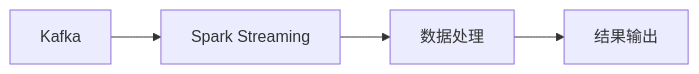
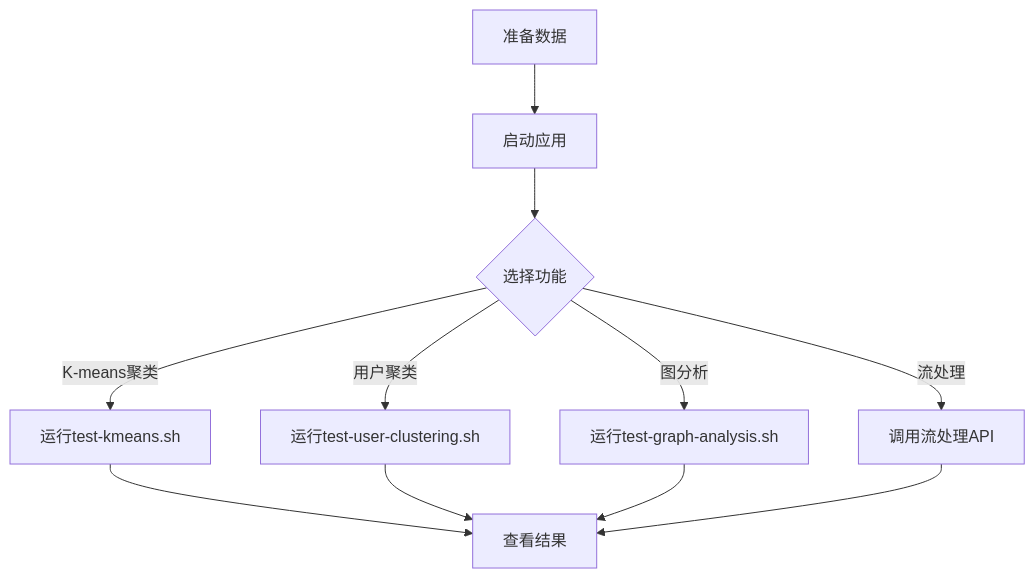
Before and after one commit to HangerLIN/spark-demo: diagram 11 of 11 in README.md, drawn with Mermaid. The commit also changed other lines of this file, not shown here.

Commit message:
更新README，添加详细API说明和流程图

````diff
--- a/README.md
+++ b/README.md
@@ -220,6 +1033,13 @@
 ```mermaid
-graph LR
-    A[Kafka] --> B[Spark Streaming]
-    B --> C[数据处理]
-    C --> D[结果输出]
+graph TD
+    A[准备数据] --> B[启动应用]
+    B --> C{选择功能}
+    C -->|K-means聚类| D[运行test-kmeans.sh]
+    C -->|用户聚类| E[运行test-user-clustering.sh]
+    C -->|图分析| F[运行test-graph-analysis.sh]
+    C -->|流处理| G[调用流处理API]
+    D --> H[查看结果]
+    E --> H
+    F --> H
+    G --> H
 ```
````
